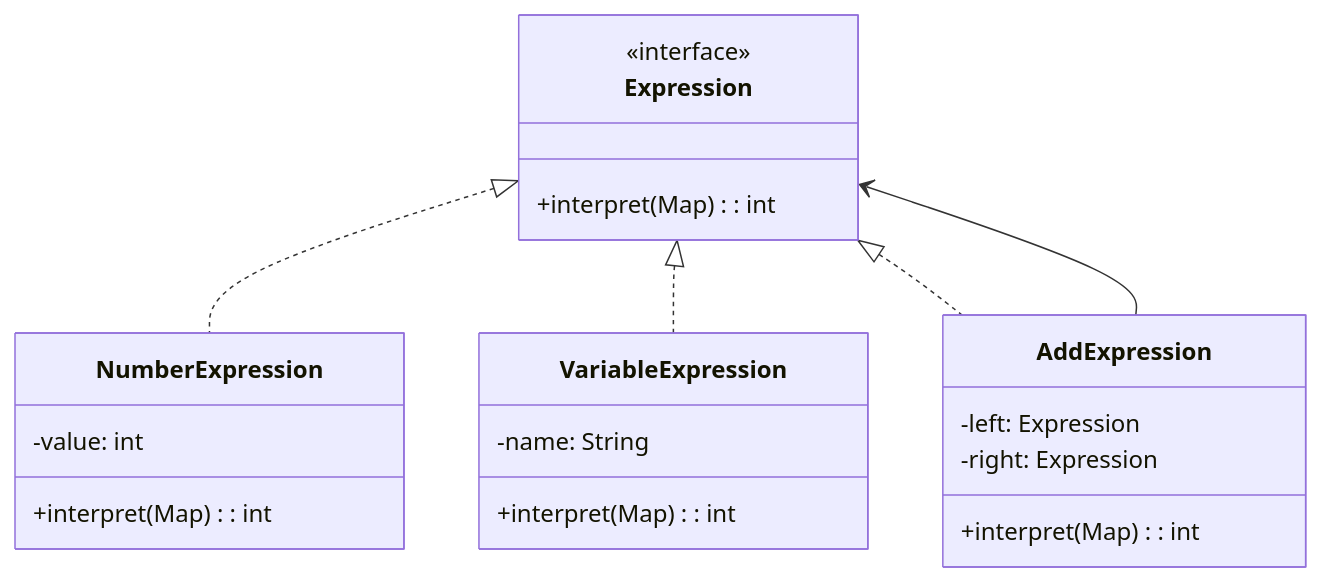
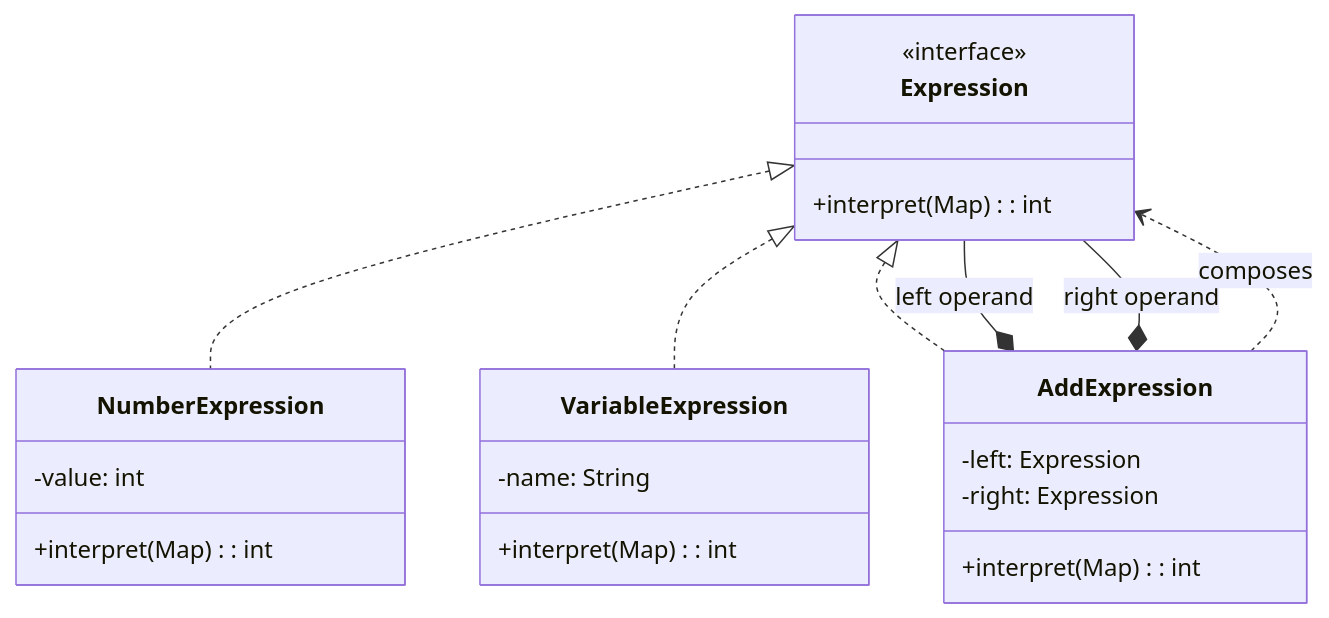
One commit to welldesignedsystem/welldesignedsystem.github.io changed diagram 15 of 23 in content/english/blog/system_design/core_design_patterns.md. Above: the diagram before and after it, drawn with Mermaid. The commit also changed other lines of this file and 1 other file, not shown here.

````diff
--- a/content/english/blog/system_design/core_design_patterns.md
+++ b/content/english/blog/system_design/core_design_patterns.md
@@ -1178,24 +1202,26 @@
 ```mermaid
 classDiagram
     class Expression {
         <<interface>>
         +interpret(Map): int
     }
     class NumberExpression {
         -value: int
         +interpret(Map): int
     }
     class VariableExpression {
         -name: String
         +interpret(Map): int
     }
     class AddExpression {
         -left: Expression
         -right: Expression
         +interpret(Map): int
     }
     Expression <|.. NumberExpression
     Expression <|.. VariableExpression
     Expression <|.. AddExpression
-    AddExpression --> Expression
+    AddExpression *-- Expression : left operand
+    AddExpression *-- Expression : right operand
+    AddExpression ..> Expression : composes
 ```
````
